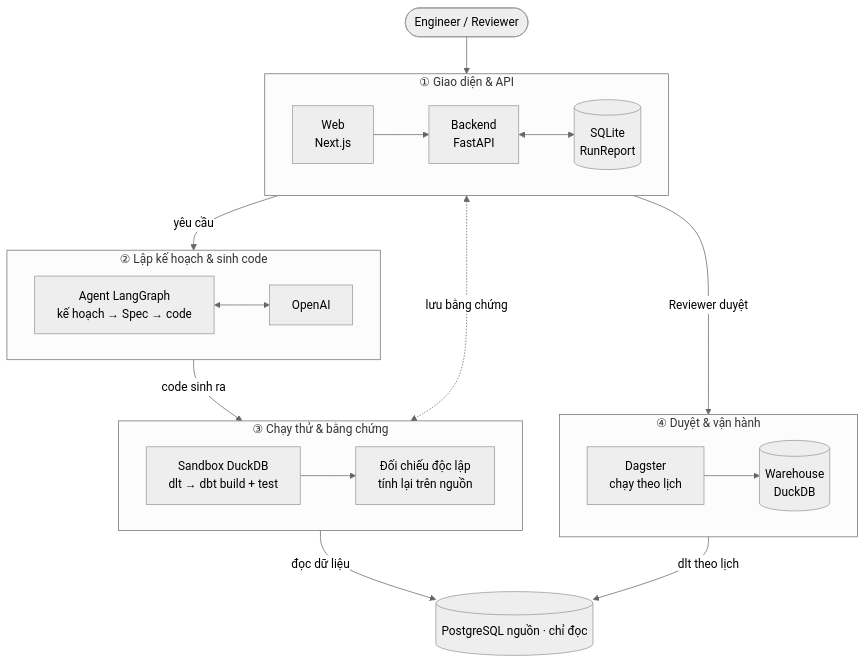
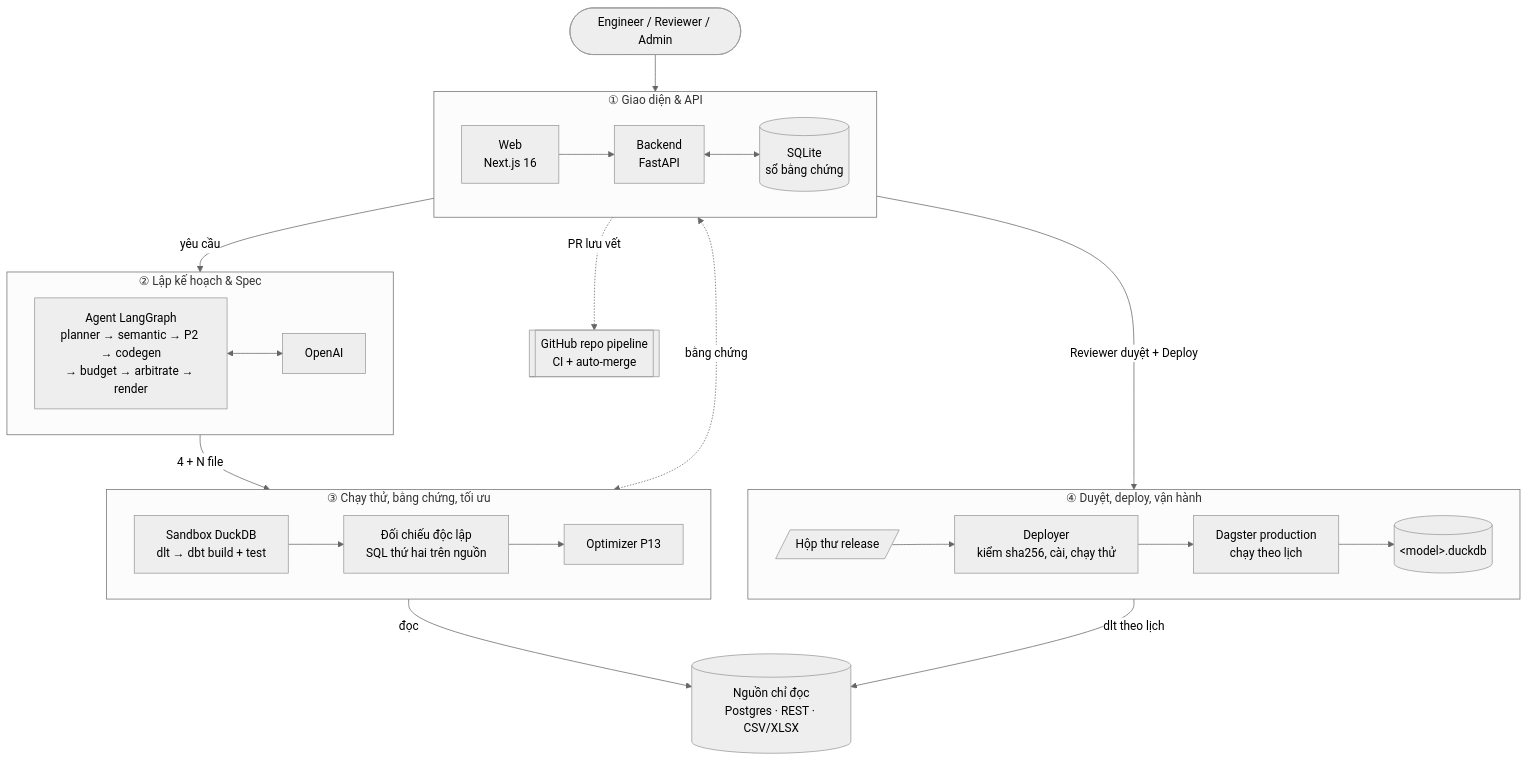
The diagram in README.md (ducthais/atomesus), drawn with Mermaid (neutral theme) before and after one commit. The commit also changed other lines of this file and 10 other files, not shown here.

First line of the commit message:
docs: deliverables — kiến trúc, đặc tả, kiểm thử, benchmark, nhật ký tuần và ngày

````diff
--- a/README.md
+++ b/README.md
@@ -45,34 +59,36 @@
 ```mermaid
 flowchart TB
-    U(["Engineer / Reviewer"])
+    U(["Engineer / Reviewer / Admin"])
 
     subgraph APP["① Giao diện & API"]
         direction LR
-        W["Web<br/>Next.js"] --> A["Backend<br/>FastAPI"] <--> E[("SQLite<br/>RunReport")]
+        W["Web<br/>Next.js 16"] --> A["Backend<br/>FastAPI"] <--> E[("SQLite<br/>sổ bằng chứng")]
     end
 
-    subgraph AI["② Lập kế hoạch & sinh code"]
+    subgraph AI["② Lập kế hoạch & Spec"]
         direction LR
-        G["Agent LangGraph<br/>kế hoạch → Spec → code"] <--> L["OpenAI"]
+        G["Agent LangGraph<br/>planner → semantic → P2 → codegen<br/>→ budget → arbitrate → render"] <--> L["OpenAI"]
     end
 
-    subgraph TEST["③ Chạy thử & bằng chứng"]
+    subgraph TEST["③ Chạy thử, bằng chứng, tối ưu"]
         direction LR
-        S["Sandbox DuckDB<br/>dlt → dbt build + test"] --> R["Đối chiếu độc lập<br/>tính lại trên nguồn"]
+        S["Sandbox DuckDB<br/>dlt → dbt build + test"] --> R["Đối chiếu độc lập<br/>SQL thứ hai trên nguồn"] --> O["Optimizer P13"]
     end
 
-    subgraph OPS["④ Duyệt & vận hành"]
+    subgraph OPS["④ Duyệt, deploy, vận hành"]
         direction LR
-        D["Dagster<br/>chạy theo lịch"] --> H[("Warehouse<br/>DuckDB")]
+        I[/"Hộp thư release"/] --> DP["Deployer<br/>kiểm sha256, cài, chạy thử"] --> D["Dagster production<br/>chạy theo lịch"] --> H[("&lt;model&gt;.duckdb")]
     end
 
-    P[("PostgreSQL nguồn · chỉ đọc")]
+    P[("Nguồn chỉ đọc<br/>Postgres · REST · CSV/XLSX")]
+    GH[["GitHub repo pipeline<br/>CI + auto-merge"]]
 
     U --> APP
     APP -->|yêu cầu| AI
-    AI -->|code sinh ra| TEST
-    APP <-.->|lưu bằng chứng| TEST
-    APP -->|Reviewer duyệt| OPS
-    TEST -->|đọc dữ liệu| P
+    AI -->|4 + N file| TEST
+    APP <-.->|bằng chứng| TEST
+    APP -->|Reviewer duyệt + Deploy| OPS
+    APP -.->|PR lưu vết| GH
+    TEST -->|đọc| P
     OPS -->|dlt theo lịch| P
 ```
````
